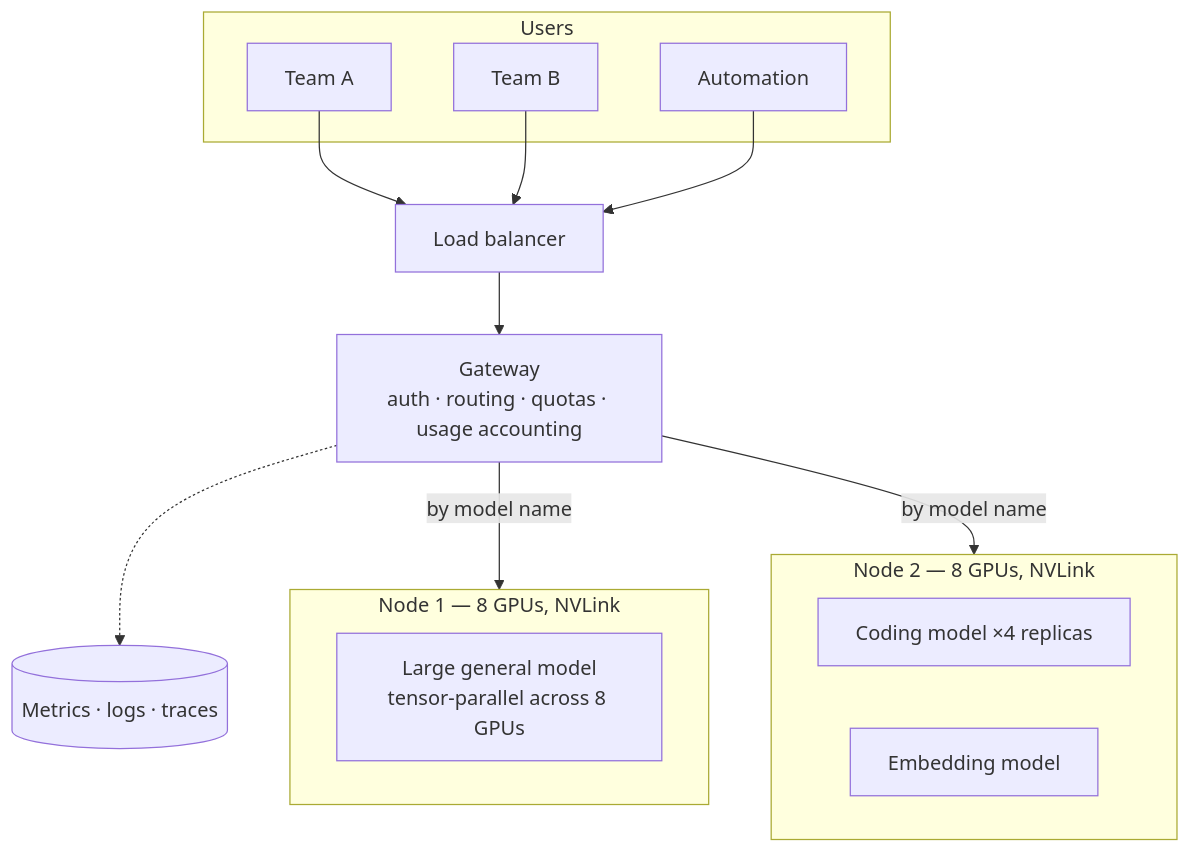
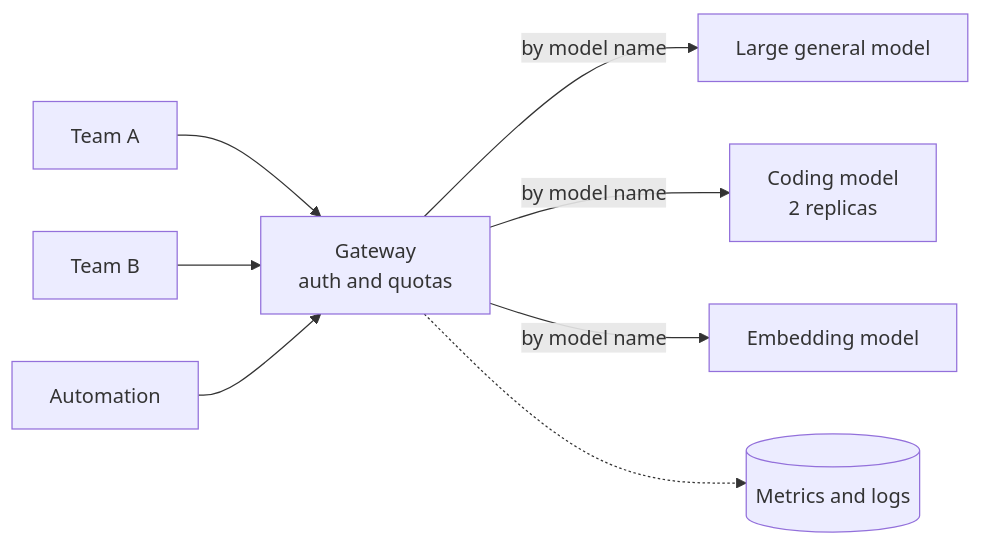
One commit to kamil-kielbasa/ai-infrastructure-book changed the third of 4 diagrams in book/11-reference-architectures.md. Above: the diagram before and after it, drawn with Mermaid. The commit also changed other lines of this file and 13 other files, not shown here.

Commit message:
feat: add context sizing, rework architectures, split chapter 12

````diff
--- a/book/11-reference-architectures.md
+++ b/book/11-reference-architectures.md
@@ -143,26 +171,19 @@
 ```mermaid
-flowchart TB
-    subgraph users [Users]
-        T1[Team A]
-        T2[Team B]
-        T3[Automation]
-    end
-    LB[Load balancer]
-    GW[Gateway<br/>auth · routing · quotas · usage accounting]
-    subgraph n1 [Node 1 — 8 GPUs, NVLink]
-        M1[Large general model<br/>tensor-parallel across 8 GPUs]
-    end
-    subgraph n2 [Node 2 — 8 GPUs, NVLink]
-        M2[Coding model ×4 replicas]
-        M3[Embedding model]
-    end
-    OBS[(Metrics · logs · traces)]
+flowchart LR
+    T1[Team A]
+    T2[Team B]
+    T3[Automation]
+    GW[Gateway<br/>auth and quotas]
+    V1[Large general model]
+    V2[Coding model<br/>2 replicas]
+    V3[Embedding model]
+    OBS[(Metrics and logs)]
 
-    T1 --> LB
-    T2 --> LB
-    T3 --> LB
-    LB --> GW
-    GW -->|by model name| n1
-    GW -->|by model name| n2
+    T1 --> GW
+    T2 --> GW
+    T3 --> GW
+    GW -->|by model name| V1
+    GW -->|by model name| V2
+    GW -->|by model name| V3
     GW -.-> OBS
 ```
````
